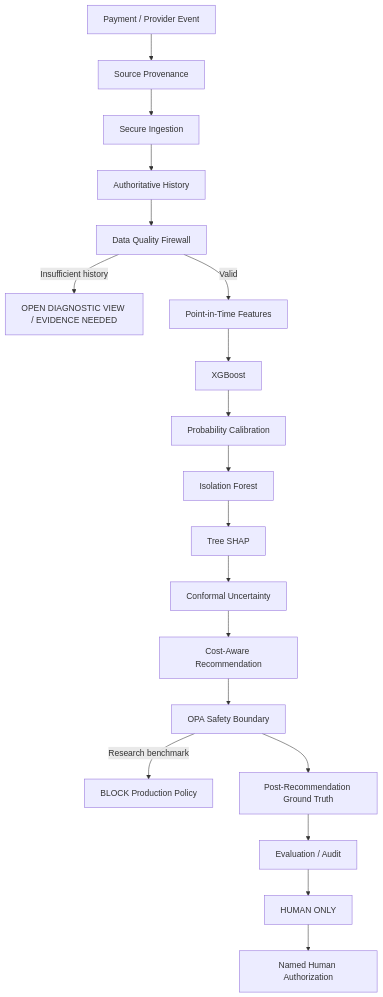
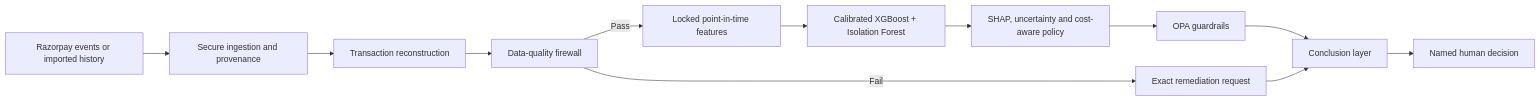
The diagram in README.md (darioanderson/RazorTrust), drawn with Mermaid before and after one commit. The commit also changed other lines of this file, not shown here.

````diff
--- a/README.md
+++ b/README.md
@@ -154,21 +35,14 @@
 ```mermaid
-flowchart TD
-    A[Payment / Provider Event] --> B[Source Provenance]
-    B --> C[Secure Ingestion]
-    C --> D[Authoritative History]
-    D --> E[Data Quality Firewall]
-    E -->|Insufficient history| X[OPEN DIAGNOSTIC VIEW / EVIDENCE NEEDED]
-    E -->|Valid| F[Point-in-Time Features]
-    F --> G[XGBoost]
-    G --> H[Probability Calibration]
-    H --> I[Isolation Forest]
-    I --> J[Tree SHAP]
-    J --> K[Conformal Uncertainty]
-    K --> L[Cost-Aware Recommendation]
-    L --> M[OPA Safety Boundary]
-    M -->|Research benchmark| N[BLOCK Production Policy]
-    M --> O[Post-Recommendation Ground Truth]
-    O --> P[Evaluation / Audit]
-    P --> Q[HUMAN ONLY]
-    Q --> R[Named Human Authorization]
+flowchart LR
+    A[Razorpay events or imported history] --> B[Secure ingestion and provenance]
+    B --> C[Transaction reconstruction]
+    C --> D[Data-quality firewall]
+    D -->|Pass| E[Locked point-in-time features]
+    D -->|Fail| K[Exact remediation request]
+    E --> F[Calibrated XGBoost + Isolation Forest]
+    F --> G[SHAP, uncertainty and cost-aware policy]
+    G --> H[OPA guardrails]
+    H --> I[Conclusion layer]
+    K --> I
+    I --> J[Named human decision]
 ```
````
